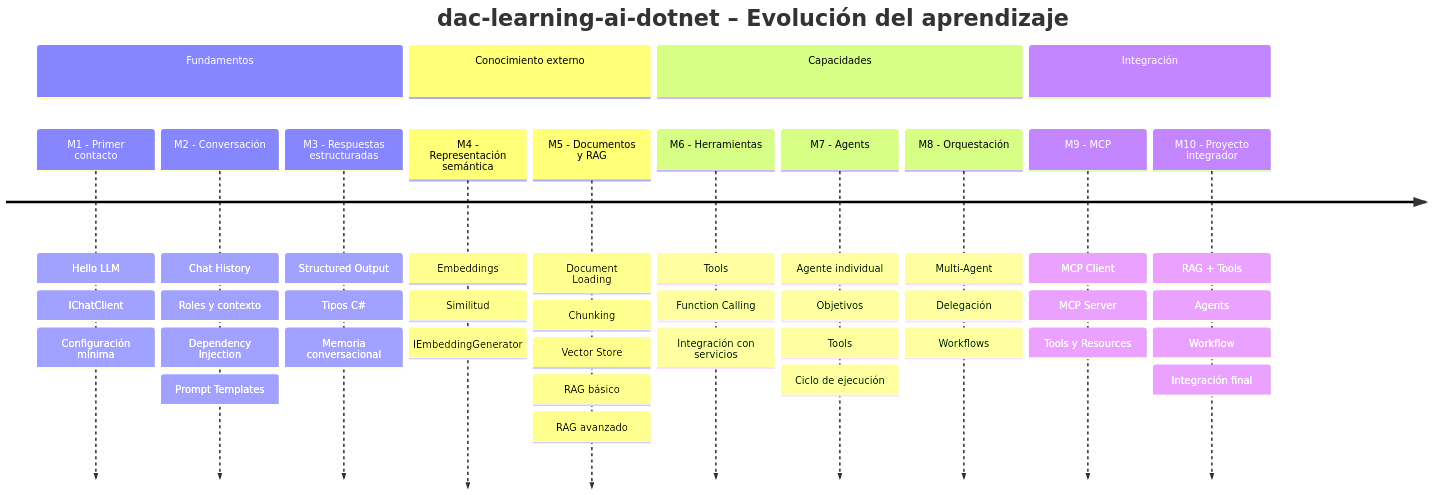
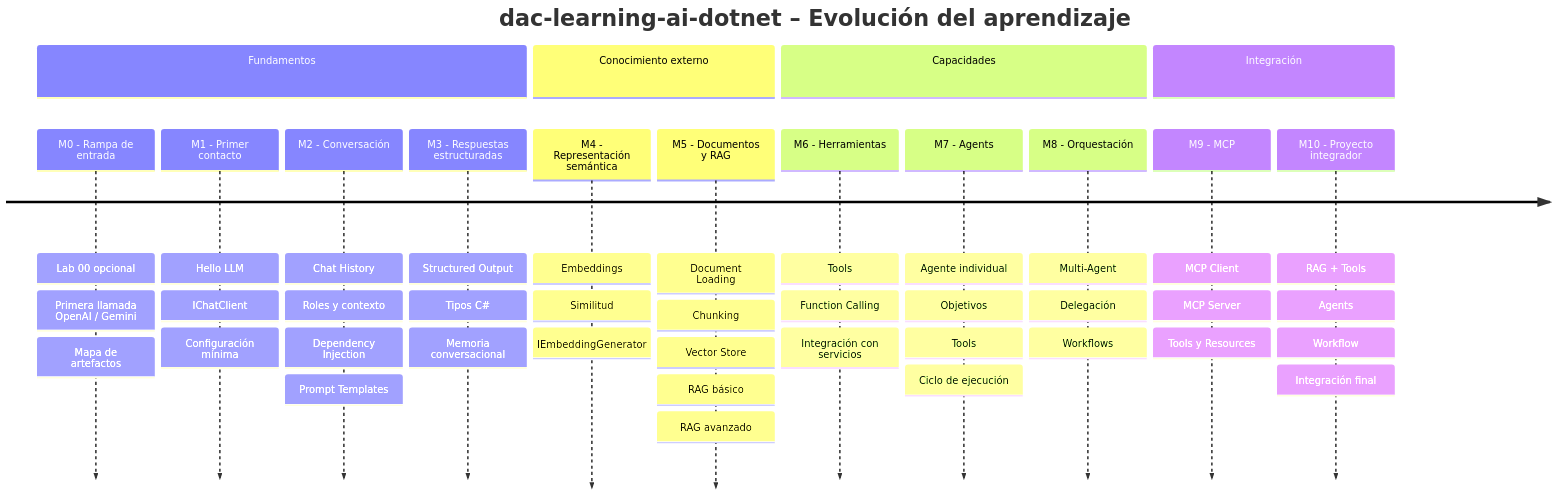
The first of 9 diagrams in ROADMAP.md (danielcalvindeveloper/dac-learning-ai-dotnet), drawn with Mermaid before and after one commit. The commit also changed other lines of this file and 24 other files, not shown here.

````diff
--- a/ROADMAP.md
+++ b/ROADMAP.md
@@ -11,47 +11,50 @@
 ```mermaid
 timeline
     title dac-learning-ai-dotnet – Evolución del aprendizaje
 
     section Fundamentos
+        M0 - Rampa de entrada : Lab 00 opcional
+                              : Primera llamada OpenAI / Gemini
+                              : Mapa de artefactos
         M1 - Primer contacto : Hello LLM
                             : IChatClient
                             : Configuración mínima
         M2 - Conversación : Chat History
                           : Roles y contexto
                           : Dependency Injection
                           : Prompt Templates
         M3 - Respuestas estructuradas : Structured Output
                                       : Tipos C#
                                       : Memoria conversacional
 
     section Conocimiento externo
         M4 - Representación semántica : Embeddings
                                       : Similitud
                                       : IEmbeddingGenerator
         M5 - Documentos y RAG : Document Loading
                               : Chunking
                               : Vector Store
                               : RAG básico
                               : RAG avanzado
 
     section Capacidades
         M6 - Herramientas : Tools
                           : Function Calling
                           : Integración con servicios
         M7 - Agents : Agente individual
                     : Objetivos
                     : Tools
                     : Ciclo de ejecución
         M8 - Orquestación : Multi-Agent
                           : Delegación
                           : Workflows
 
     section Integración
         M9 - MCP : MCP Client
                  : MCP Server
                  : Tools y Resources
         M10 - Proyecto integrador : RAG + Tools
                                   : Agents
                                   : Workflow
                                   : Integración final
 ```
````
